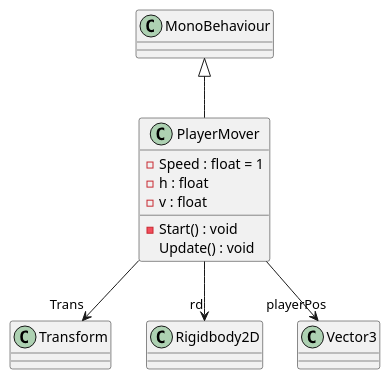
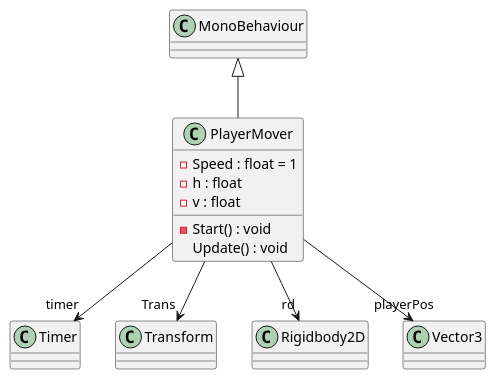
Before and after one commit to MainCastle1212/EverythingEater: the diagram in plantuml/Players/PlayerMover.puml, drawn with PlantUML. The commit also changed 36 other files, not shown here.

```diff
--- a/plantuml/Players/PlayerMover.puml
+++ b/plantuml/Players/PlayerMover.puml
@@ -1,13 +1,14 @@
 @startuml
 class PlayerMover {
     - Speed : float = 1
     - h : float
     - v : float
     - Start() : void
     Update() : void
 }
 MonoBehaviour <|-- PlayerMover
+PlayerMover --> "timer" Timer
 PlayerMover --> "Trans" Transform
 PlayerMover --> "rd" Rigidbody2D
 PlayerMover --> "playerPos" Vector3
 @enduml
```
